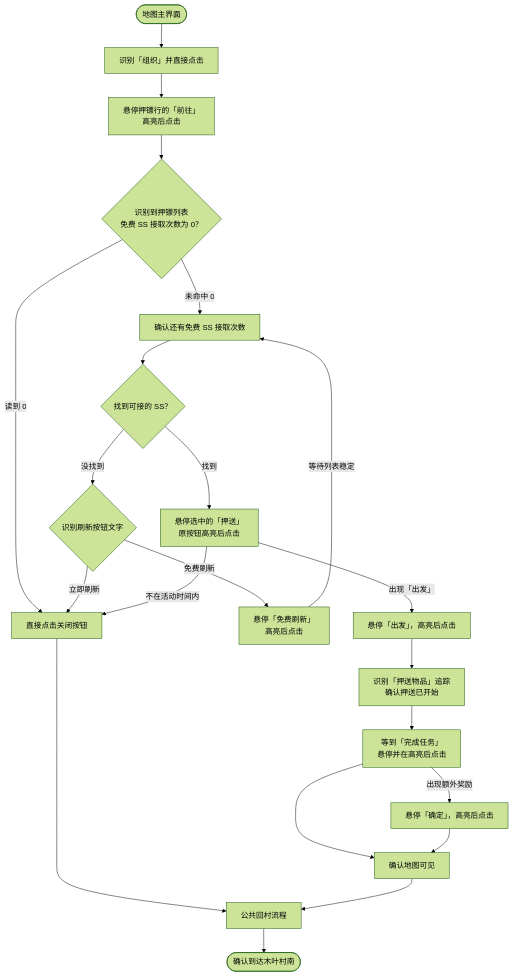
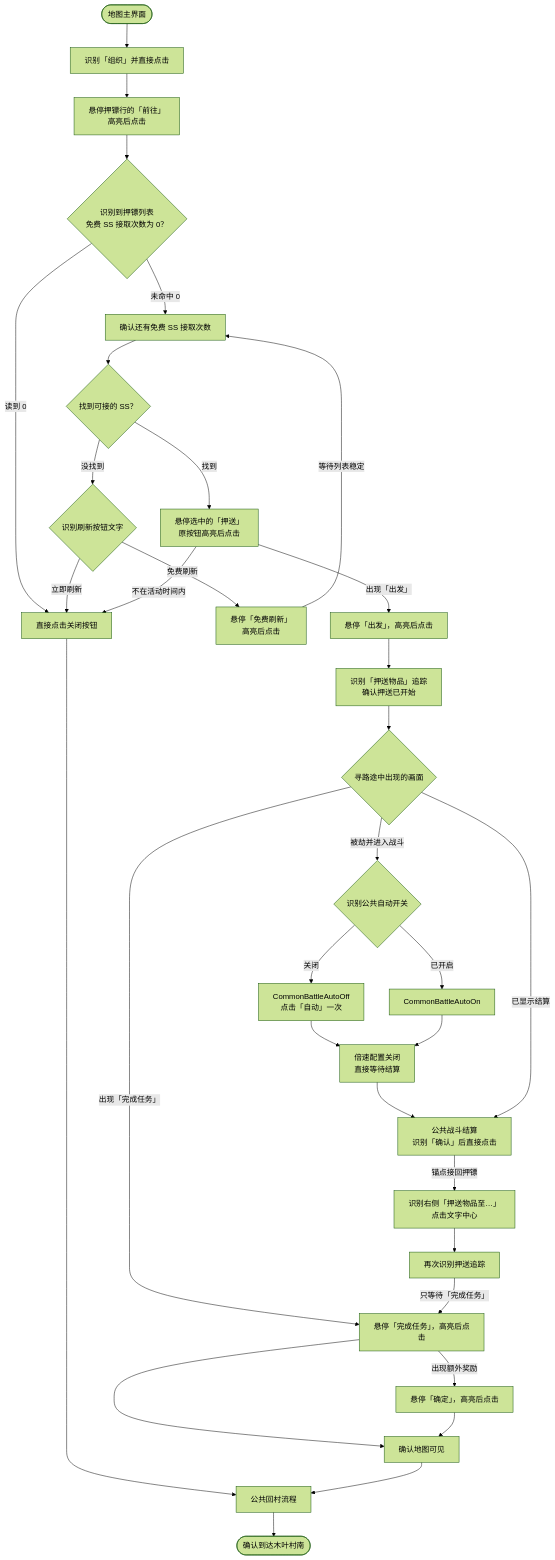
One commit to ArcherSore/MaaNOP changed the diagram in docs/zh_cn/流程图/押镖.md. Above: the diagram before and after it, drawn with Mermaid (forest theme). The commit also changed other lines of this file and 3 other files, not shown here.

````diff
--- a/docs/zh_cn/流程图/押镖.md
+++ b/docs/zh_cn/流程图/押镖.md
@@ -5,28 +5,40 @@
 ```mermaid
 flowchart TD
     Start([地图主界面]) --> Org["识别「组织」并直接点击"]
     Org --> Go["悬停押镖行的「前往」<br/>高亮后点击"]
     Go --> List{"识别到押镖列表<br/>免费 SS 接取次数为 0？"}
 
     List -->|读到 0| Close["直接点击关闭按钮"]
     List -->|未命中 0| Quota["确认还有免费 SS 接取次数"]
     Quota --> Search{"找到可接的 SS？"}
 
     Search -->|找到| Accept["悬停选中的「押送」<br/>原按钮高亮后点击"]
     Search -->|没找到| Refresh{"识别刷新按钮文字"}
     Refresh -->|免费刷新| Free["悬停「免费刷新」<br/>高亮后点击"]
     Free -->|等待列表稳定| Quota
     Refresh -->|立即刷新| Close
 
     Accept -->|不在活动时间内| Close
     Accept -->|出现「出发」| Depart["悬停「出发」，高亮后点击"]
     Depart --> Track["识别「押送物品」追踪<br/>确认押送已开始"]
-    Track --> Finish["等到「完成任务」<br/>悬停并在高亮后点击"]
+    Track --> Travel{"寻路途中出现的画面"}
+    Travel -->|出现「完成任务」| Finish["悬停「完成任务」，高亮后点击"]
+    Travel -->|被劫并进入战斗| Auto{"识别公共自动开关"}
+    Auto -->|关闭| AutoClick["CommonBattleAutoOff<br/>点击「自动」一次"]
+    Auto -->|已开启| AutoOn["CommonBattleAutoOn"]
+    AutoClick --> BattleWait["倍速配置关闭<br/>直接等待结算"]
+    AutoOn --> BattleWait
+    BattleWait --> Confirm["公共战斗结算<br/>识别「确认」后直接点击"]
+    Travel -->|已显示结算| Confirm
+    Confirm -->|锚点接回押镖| Resume["识别右侧「押送物品至…」<br/>点击文字中心"]
+    Resume --> TrackAgain["再次识别押送追踪"]
+    TrackAgain -->|只等待「完成任务」| Finish
+
     Finish -->|出现额外奖励| Reward["悬停「确定」，高亮后点击"]
     Finish --> Map["确认地图可见"]
     Reward --> Map
 
     Close --> Return["公共回村流程"]
     Map --> Return
     Return --> End([确认到达木叶村南])
 ```
````
